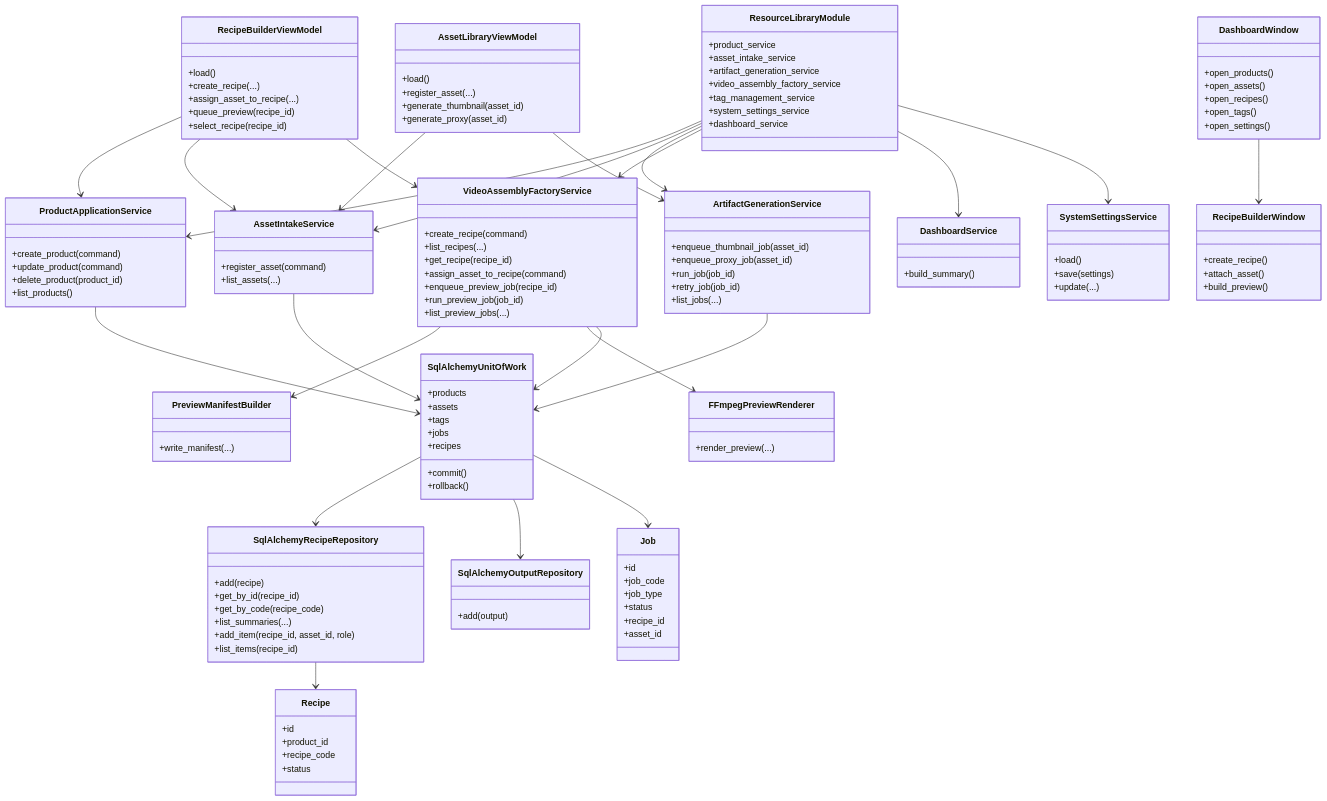
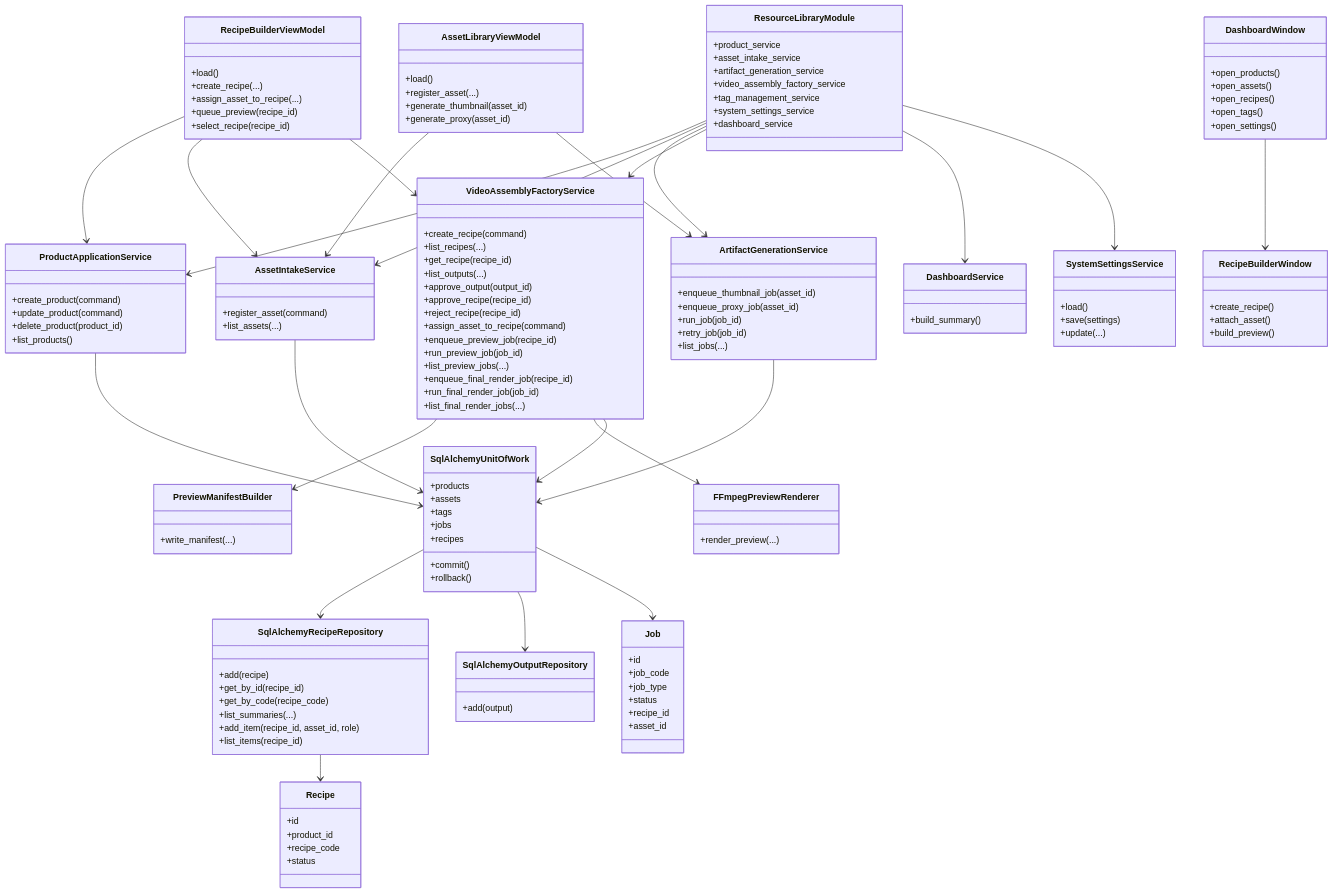
The second of 6 diagrams in doc/10_UML_System_Overview.md (idev006/MTClipFactory), drawn with Mermaid before and after one commit. The commit also changed other lines of this file and 19 other files, not shown here.

Commit message:
Add review workflow and final render foundation

```diff
--- a/doc/10_UML_System_Overview.md
+++ b/doc/10_UML_System_Overview.md
@@ -56,10 +56,17 @@
         +create_recipe(command)
         +list_recipes(...)
         +get_recipe(recipe_id)
+        +list_outputs(...)
+        +approve_output(output_id)
+        +approve_recipe(recipe_id)
+        +reject_recipe(recipe_id)
         +assign_asset_to_recipe(command)
         +enqueue_preview_job(recipe_id)
         +run_preview_job(job_id)
         +list_preview_jobs(...)
+        +enqueue_final_render_job(recipe_id)
+        +run_final_render_job(job_id)
+        +list_final_render_jobs(...)
     }
 
     class FFmpegPreviewRenderer {
```
